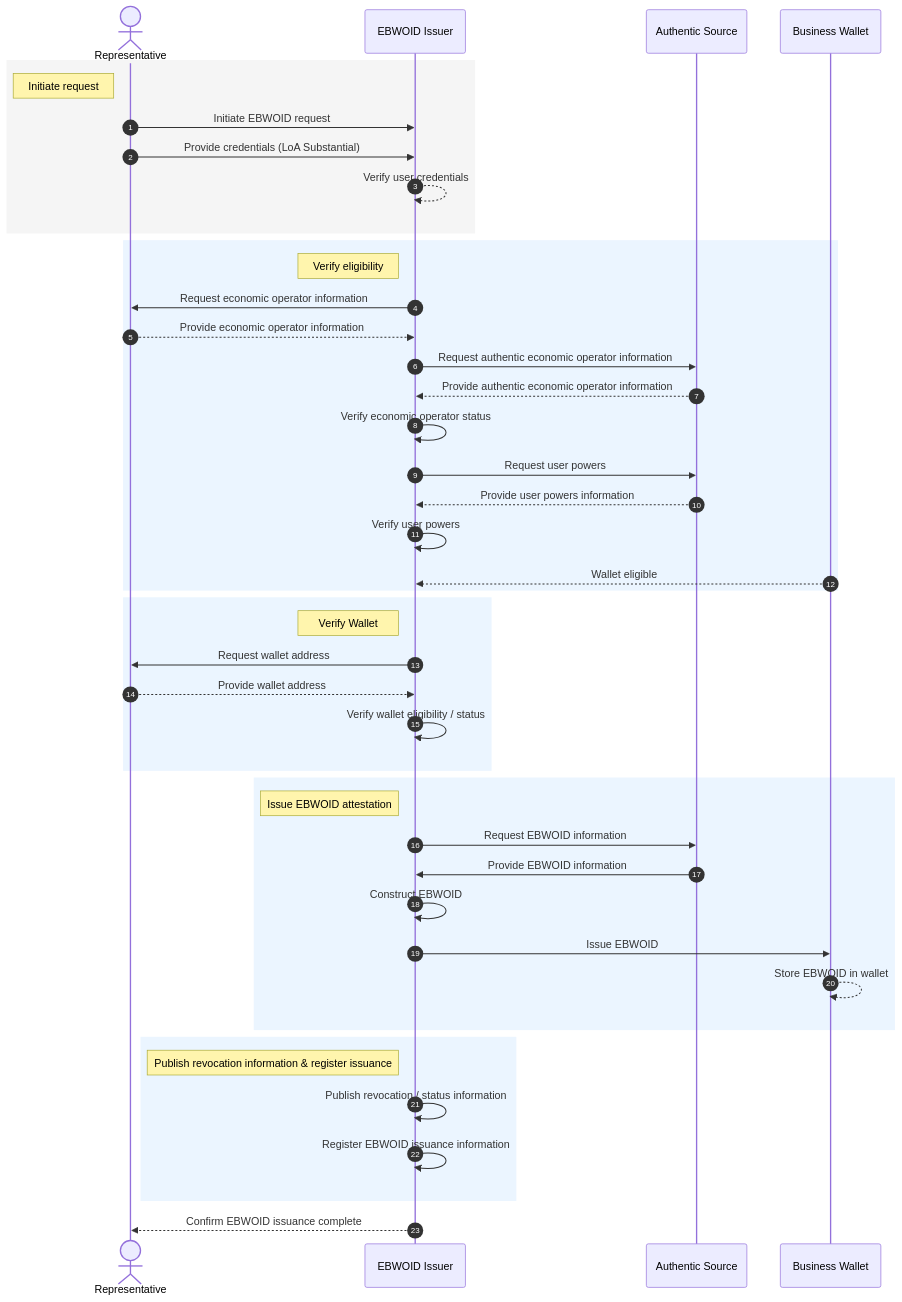
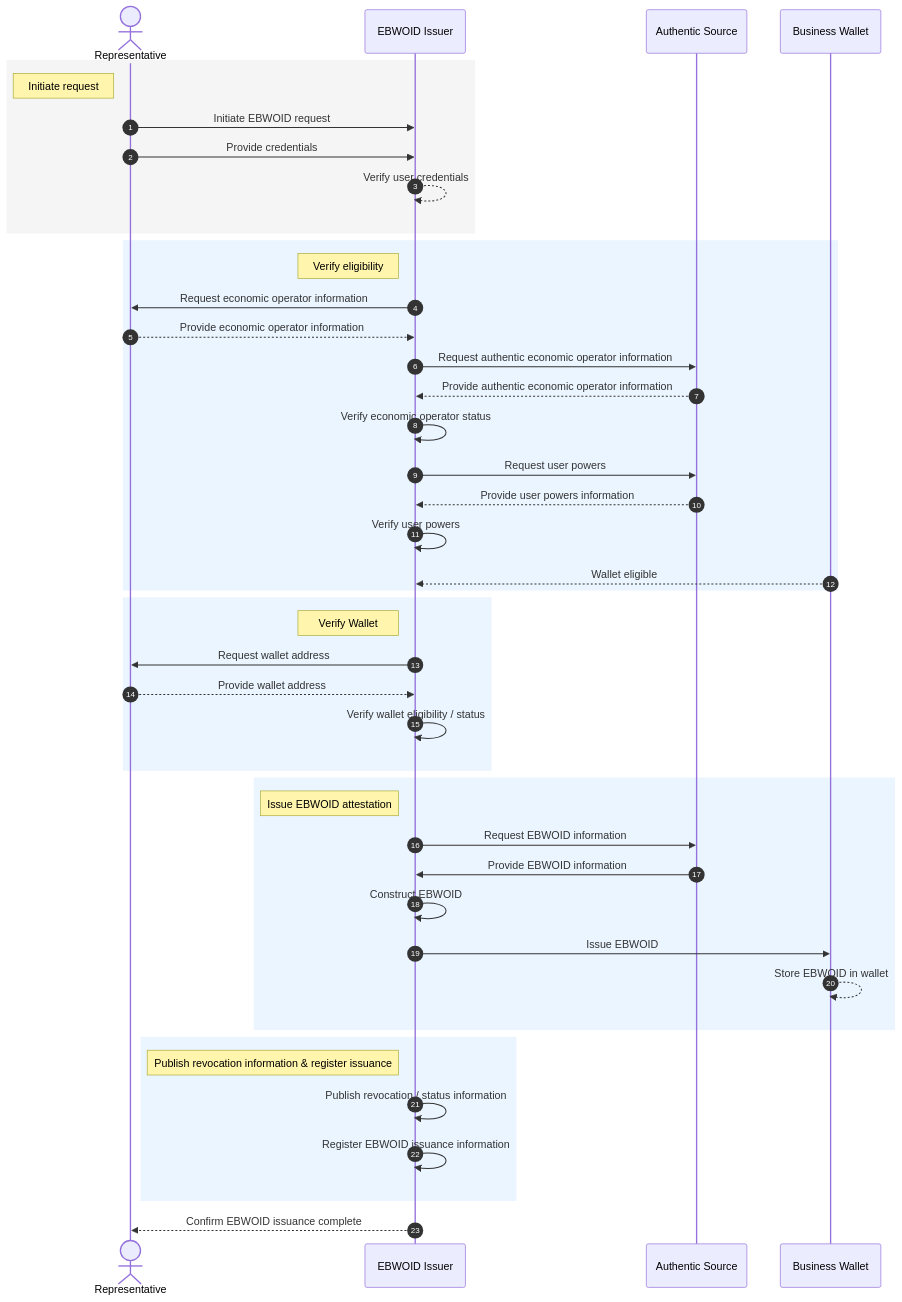
Before and after one commit to webuild-consortium/wp4-architecture: the third of 3 diagrams in blueprint/04-integration-model.md, drawn with Mermaid. The commit also changed other lines of this file, not shown here.

````diff
--- a/blueprint/04-integration-model.md
+++ b/blueprint/04-integration-model.md
@@ -80,54 +80,54 @@
 ``` mermaid
 sequenceDiagram
   autonumber
   actor Rep as Representative
   participant Issuer as EBWOID Issuer
   participant AS as Authentic Source
   participant Wallet as Business Wallet
   %%participant Reg as Revocation / Directory Services
 
   rect rgb(245,245,245)
     Note left of Rep: Initiate request
     Rep->>Issuer: Initiate EBWOID request
-    Rep->>Issuer: Provide credentials (LoA Substantial)
+    Rep->>Issuer: Provide credentials 
     Issuer-->>Issuer: Verify user credentials
   end
 
   rect rgb(235,245,255)
     Note left of Issuer: Verify eligibility
       Issuer->>Rep: Request economic operator information
       Rep-->>Issuer: Provide economic operator information
       Issuer->>AS: Request authentic economic operator information
       AS-->>Issuer: Provide authentic economic operator information
       Issuer->>Issuer: Verify economic operator status
       Issuer->>AS: Request user powers
       AS-->>Issuer: Provide user powers information
       Issuer->>Issuer: Verify user powers
       Wallet-->>Issuer: Wallet eligible
   end
   
 rect rgb(235,245,255)
     Note left of Issuer: Verify Wallet
     Issuer->>Rep: Request wallet address
     Rep-->>Issuer: Provide wallet address
     Issuer->>Issuer: Verify wallet eligibility / status
 end
 
   rect rgb(235,245,255)
     Note left of Issuer: Issue EBWOID attestation
     Issuer->>AS: Request EBWOID information
     AS->>Issuer: Provide EBWOID information
     Issuer->>Issuer: Construct EBWOID
     Issuer->>Wallet: Issue EBWOID
     Wallet-->>Wallet: Store EBWOID in wallet
   end
 
   rect rgb(235,245,255)
     Note left of Issuer: Publish revocation information & register issuance
     %% Should it be the issuer or will there be a revocation or directory service
     Issuer->>Issuer: Publish revocation / status information
     Issuer->>Issuer: Register EBWOID issuance information
   end
 
   Issuer-->>Rep: Confirm EBWOID issuance complete
 ```
````
